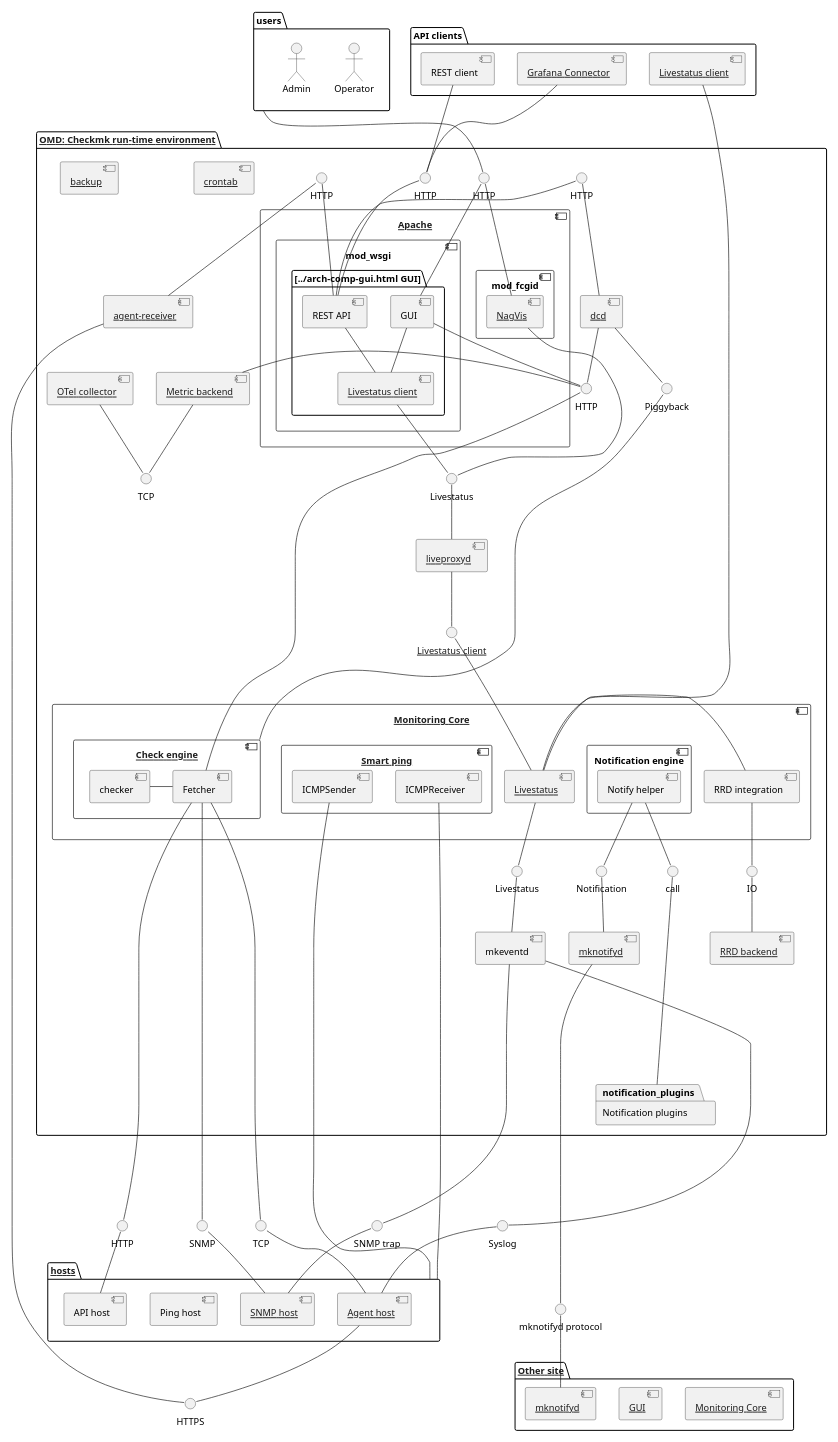
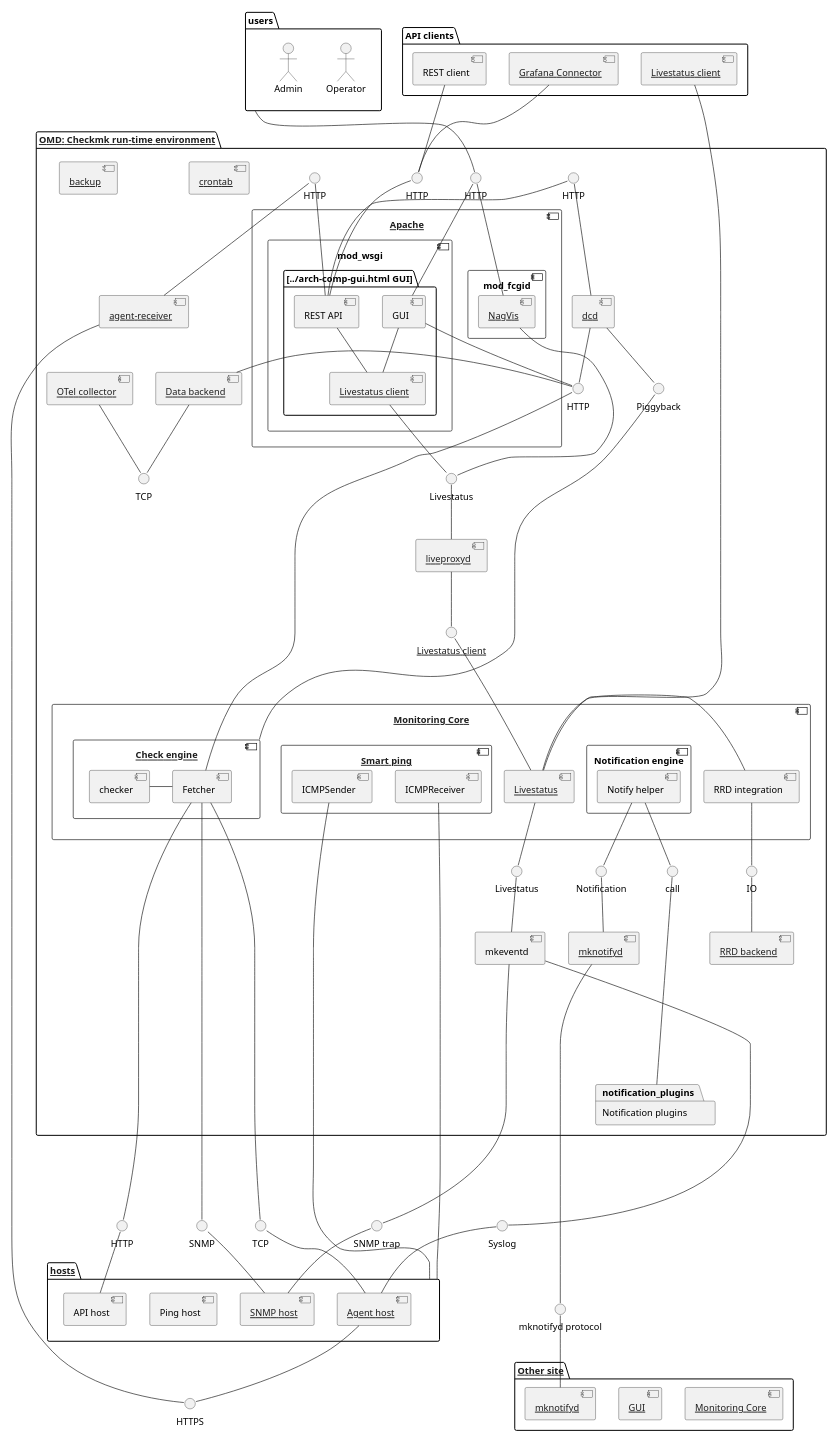
One commit to Checkmk/checkmk changed the diagram in doc/documentation/topology.puml. Above: the diagram before and after it, drawn with PlantUML. The commit also changed 10 other files, not shown here.

First line of the commit message:
docs: rename the metric backend architecture documentation

```diff
--- a/doc/documentation/topology.puml
+++ b/doc/documentation/topology.puml
@@ -1,172 +1,172 @@
 @startuml
 skinparam componentStyle uml2
 skinparam monochrome true
 ' Remove shadows
 skinparam shadowing false
 scale 0.6
 
 package users {
     actor "Operator" as operator
     actor "Admin" as admin
 }
 
 package "API clients" as api_clients {
     component "[[../arch-comp-grafana-connector.html Grafana Connector]]" as grafana_connector
     component "REST client" as rest_api_client
     component "[[../arch-comp-livestatus-client.html Livestatus client]]" as external_livestatus_client
 }
 
 package "[[../arch-comp-omd.html OMD: Checkmk run-time environment]]" as omd {
     interface HTTP as http_gui
     interface HTTP as http_rest_api
     interface HTTP as http_agent_receiver_rest_api
 
     component "[[../arch-comp-apache.html Apache]]" as apache {
         component "mod_wsgi" as mod_wsgi {
             package "[[../arch-comp-gui.html GUI]]" {
                 component GUI
                 component "REST API" as rest_api
                 component "[[../arch-comp-livestatus-client.html Livestatus client]]" as apache_livestatus_client
             }
         }
         component mod_fcgid {
             component "[[../arch-comp-nagvis.html NagVis]]" as nagvis
         }
     }
     interface Livestatus as apache_livestatus
 
     component "[[../arch-comp-agent-receiver.html agent-receiver]]" as agent_receiver
 
     component "[[../arch-comp-core.html Monitoring Core]]" as cmc {
         component "RRD integration" as rrd_integration
         component "[[../arch-comp-livestatus.html Livestatus]]" as cmc_livestatus_server
         component "[[../arch-comp-checkengine.html Check engine]]" as check_engine {
             component checker
             component Fetcher
         }
         component "[[../arch-comp-smartping.html Smart ping]]" as smart_ping {
             component ICMPReceiver
             component ICMPSender
         }
         component "Notification engine" as cmc_notify {
             component "Notify helper" as notify_helper
         }
     }
     interface "call" as call_notification_plugins
 
     component "[[../arch-comp-crontab.html crontab]]" as crontab
     component "[[../arch-comp-backup.html backup]]" as backup
 
     component "[[../arch-comp-liveproxyd.html liveproxyd]]" as liveproxyd
     interface "[[../arch-comp-livestatus-client.html Livestatus client]]" as liveproxyd_livestatus_client
 
     component "[[../arch-comp-dcd.html dcd]]" as dcd
     interface "HTTP" as dcd_web_api_client
     interface Piggyback as dcd_piggyback
 
     component mkeventd
     interface Livestatus as mkeventd_livestatus
 
     component "[[../arch-comp-mknotifyd.html mknotifyd]]" as mknotifyd
     interface Notification as mknotifyd_notification
 
     component "[[../arch-comp-rrd-backend.html RRD backend]]" as rrd_backend
     interface "IO" as rrd_io
 
     package "Notification plugins" as notification_plugins
 
-    component "[[../arch-comp-metric-backend.html Metric backend]]" as metric_backend
-    interface "HTTP" as http_metric_backend
-    interface "TCP" as tcp_metric_backend
+    component "[[../arch-comp-data-backend.html Data backend]]" as data_backend
+    interface "HTTP" as http_data_backend
+    interface "TCP" as tcp_data_backend
 
     component "[[../arch-comp-otel-collector.html OTel collector]]" as otel_collector
 }
 
 package "[[../arch-comp-distributed.html Other site]]" as other_site {
     component "[[../arch-comp-core.html Monitoring Core]]" as cmc_other_site
     component "[[../arch-comp-gui.html GUI]]" as gui_other_site
     component "[[../arch-comp-mknotifyd.html mknotifyd]]" as mknotifyd_other_site
 }
 interface "mknotifyd protocol" as mknotifyd_protocol
 
 package "[[../arch-comp-hosts.html hosts]]" as hosts {
     component "[[../arch-comp-hosts.html Agent host]]" as agent_based_host
     component "[[../arch-comp-hosts.html SNMP host]]" as snmp_host
     component "Ping host"
     component "API host" as api_hosts
 }
 
 interface TCP
 interface Syslog
 interface SNMP
 interface "SNMP trap" as trap
 interface HTTP as api_hosts_http
 interface HTTPS as https_agent_receiver
 
 users -- http_gui
 rest_api_client -- http_rest_api
 grafana_connector -- http_rest_api
 
 http_gui -- GUI
 http_gui -- nagvis
 http_rest_api -- rest_api
 
 http_agent_receiver_rest_api -- rest_api
 http_agent_receiver_rest_api -- agent_receiver
 agent_receiver -- https_agent_receiver
 
 GUI -- apache_livestatus_client
-GUI -- http_metric_backend
+GUI -- http_data_backend
 rest_api -- apache_livestatus_client
 apache_livestatus_client -- apache_livestatus
 nagvis -- apache_livestatus
 apache_livestatus -- liveproxyd
 
 liveproxyd -- liveproxyd_livestatus_client
 liveproxyd_livestatus_client -- cmc_livestatus_server
 
 dcd_web_api_client -- dcd
 dcd -- dcd_piggyback
 dcd_web_api_client - rest_api
 dcd_piggyback -- check_engine
-dcd -- http_metric_backend
+dcd -- http_data_backend
 
-metric_backend - http_metric_backend
-metric_backend -- tcp_metric_backend
-otel_collector -- tcp_metric_backend
+data_backend - http_data_backend
+data_backend -- tcp_data_backend
+otel_collector -- tcp_data_backend
 
 ' Help visualization
 notify_helper -[hidden]r-> rrd_integration
 rrd_integration - cmc_livestatus_server
 checker - Fetcher
 
 external_livestatus_client -- cmc_livestatus_server
 Fetcher ------ TCP
 Fetcher ------ SNMP
 Fetcher ------ api_hosts_http
-Fetcher ---up--- http_metric_backend
+Fetcher ---up--- http_data_backend
 TCP -- agent_based_host
 SNMP -- snmp_host
 api_hosts_http -- api_hosts
 ICMPSender ----- hosts
 ICMPReceiver ----- hosts
 
 rrd_integration -- rrd_io
 rrd_io -- rrd_backend
 
 notify_helper -- call_notification_plugins
 call_notification_plugins ----- notification_plugins
 notify_helper -- mknotifyd_notification
 mknotifyd_notification -- mknotifyd
 mknotifyd ------- mknotifyd_protocol
 mknotifyd_protocol -- mknotifyd_other_site
 
 cmc_livestatus_server -- mkeventd_livestatus
 mkeventd_livestatus -- mkeventd
 mkeventd --- Syslog
 Syslog -- agent_based_host
 agent_based_host -- https_agent_receiver
 mkeventd ------ trap
 trap -- snmp_host
 
 @enduml
```
